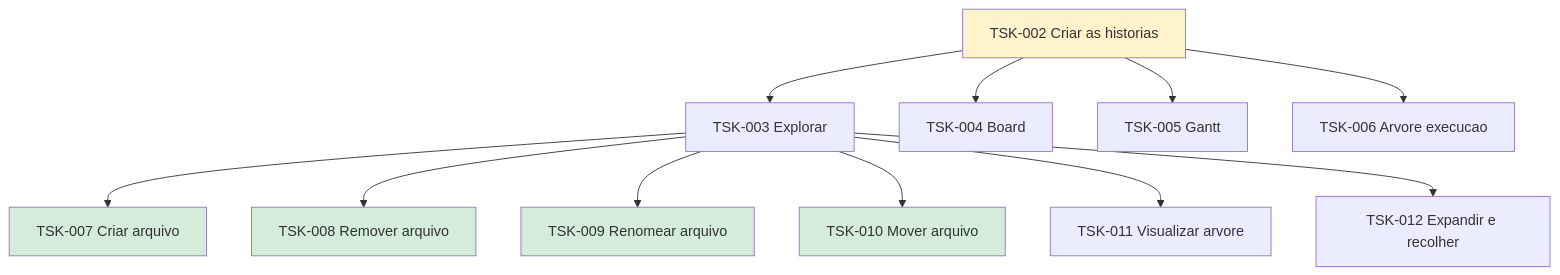
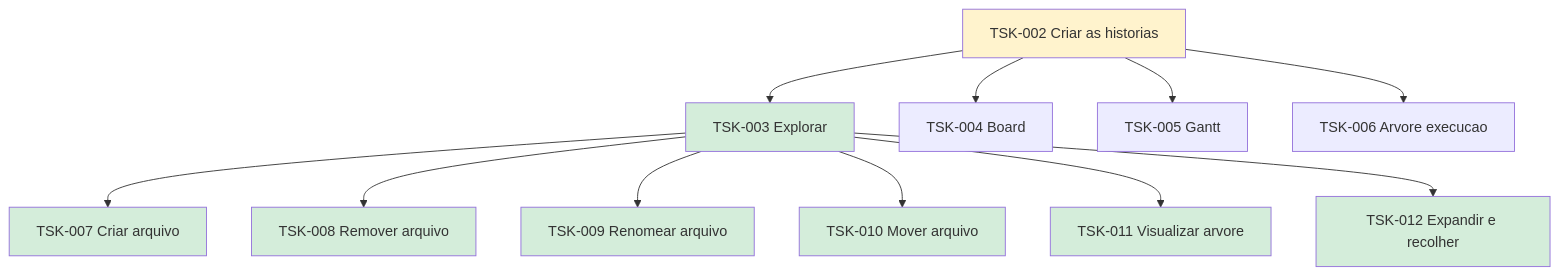
The diagram in flow/tasks/TSK-001-criar-epico/TSK-002-criar-as-historias/README.md (laerciogermano/workstation), drawn with Mermaid before and after one commit. The commit also changed 10 other files, not shown here.

````diff
--- a/flow/tasks/TSK-001-criar-epico/TSK-002-criar-as-historias/README.md
+++ b/flow/tasks/TSK-001-criar-epico/TSK-002-criar-as-historias/README.md
@@ -13,29 +13,32 @@
 ```mermaid
 flowchart TD
   T002[TSK-002 Criar as historias]
   T003[TSK-003 Explorar]
   T007[TSK-007 Criar arquivo]
   T008[TSK-008 Remover arquivo]
   T009[TSK-009 Renomear arquivo]
   T010[TSK-010 Mover arquivo]
   T011[TSK-011 Visualizar arvore]
   T012[TSK-012 Expandir e recolher]
   T004[TSK-004 Board]
   T005[TSK-005 Gantt]
   T006[TSK-006 Arvore execucao]
   T002 --> T003
   T003 --> T007
   T003 --> T008
   T003 --> T009
   T003 --> T010
   T003 --> T011
   T003 --> T012
   T002 --> T004
   T002 --> T005
   T002 --> T006
   style T002 fill:#fff3cd
+  style T003 fill:#d4edda
   style T007 fill:#d4edda
   style T008 fill:#d4edda
   style T009 fill:#d4edda
   style T010 fill:#d4edda
+  style T011 fill:#d4edda
+  style T012 fill:#d4edda
 ```
````
